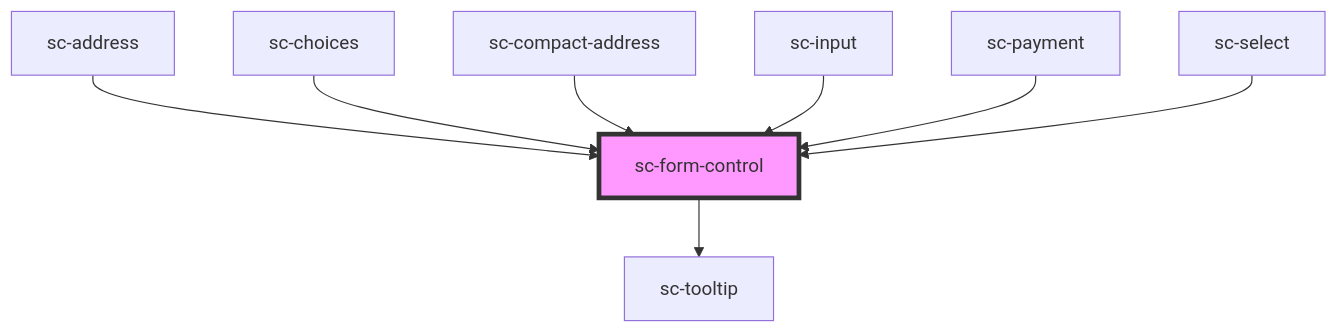
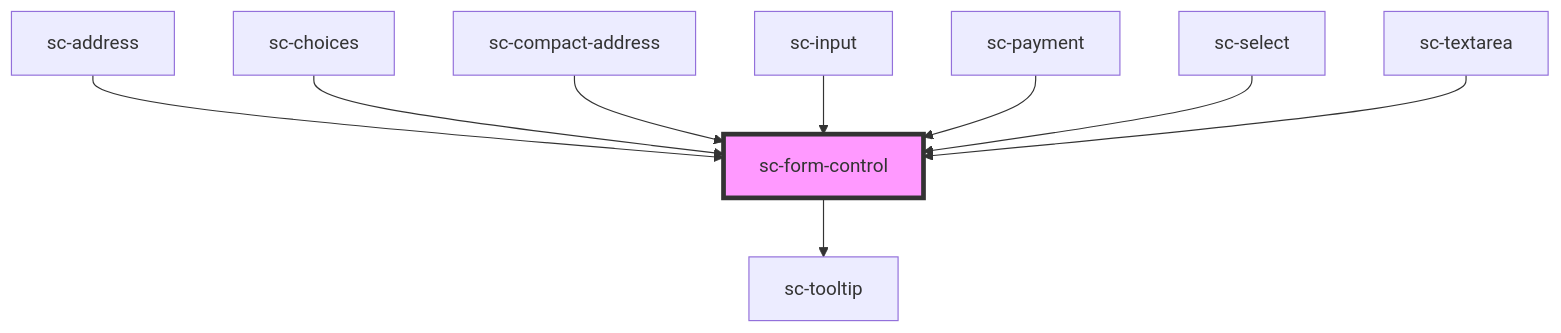
One commit to surecart/surecart-wp-plugin changed the diagram in packages/components/src/components/ui/form-control/readme.md. Above: the diagram before and after it, drawn with Mermaid. The commit also changed other lines of this file and 31 other files, not shown here.

````diff
--- a/packages/components/src/components/ui/form-control/readme.md
+++ b/packages/components/src/components/ui/form-control/readme.md
@@ -48,11 +49,12 @@
 ```mermaid
 graph TD;
   sc-form-control --> sc-tooltip
   sc-address --> sc-form-control
   sc-choices --> sc-form-control
   sc-compact-address --> sc-form-control
   sc-input --> sc-form-control
   sc-payment --> sc-form-control
   sc-select --> sc-form-control
+  sc-textarea --> sc-form-control
   style sc-form-control fill:#f9f,stroke:#333,stroke-width:4px
 ```
````
